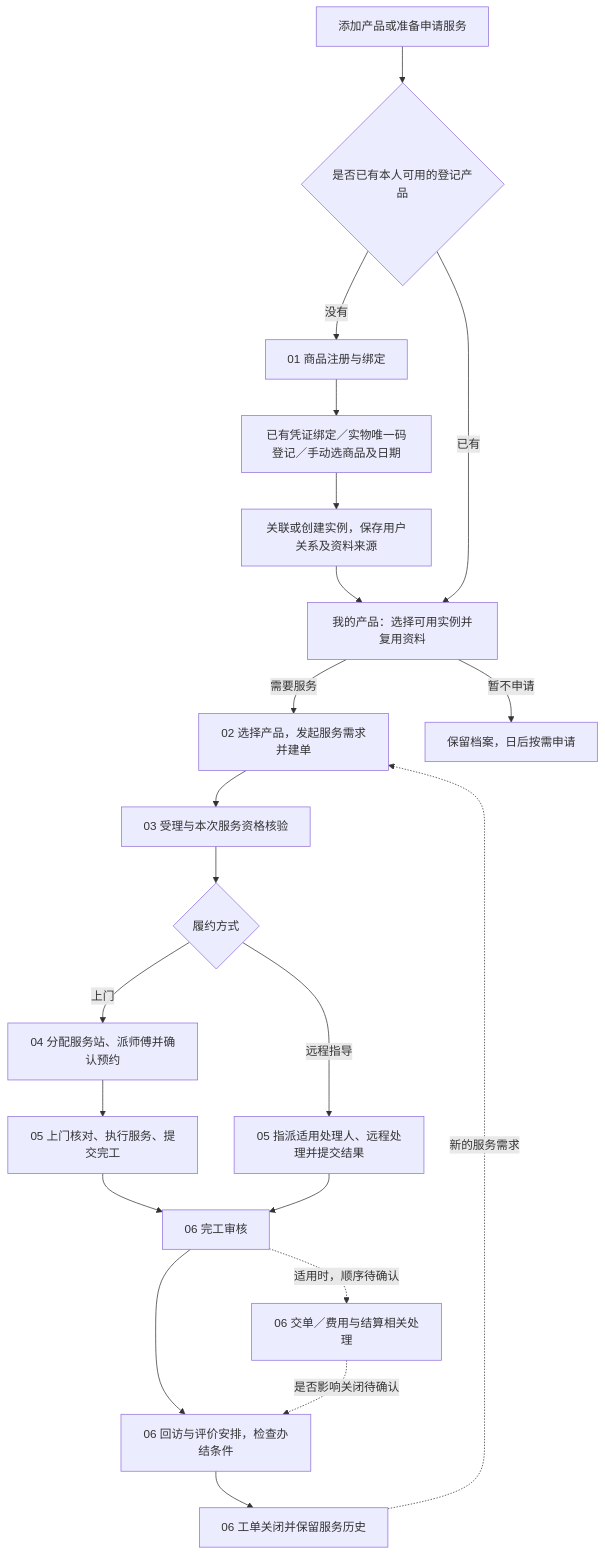
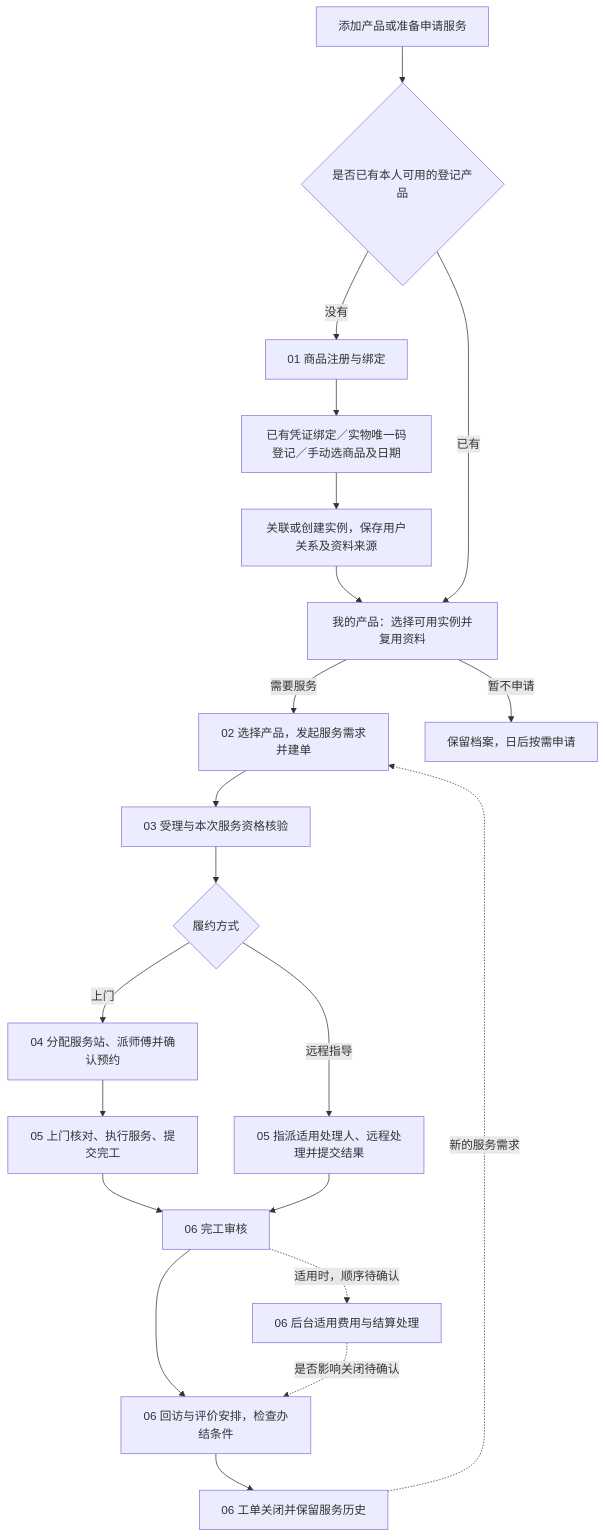
One commit to zhiyuan23/toto-after-sales-docs changed the diagram in 05-业务流程/00-售后全流程总览.md. Above: the diagram before and after it, drawn with Mermaid. The commit also changed other lines of this file and 12 other files, not shown here.

````diff
--- a/05-业务流程/00-售后全流程总览.md
+++ b/05-业务流程/00-售后全流程总览.md
@@ -30,23 +30,23 @@
 ```mermaid
 flowchart TD
     START[添加产品或准备申请服务] --> HAS{是否已有本人可用的登记产品}
     HAS -->|没有| P[01 商品注册与绑定]
     P --> P1[已有凭证绑定／实物唯一码登记／手动选商品及日期]
     P1 --> LINK[关联或创建实例，保存用户关系及资料来源]
     LINK --> PRODUCT[我的产品：选择可用实例并复用资料]
     HAS -->|已有| PRODUCT
     PRODUCT -->|需要服务| A[02 选择产品，发起服务需求并建单]
     PRODUCT -->|暂不申请| SAVE[保留档案，日后按需申请]
     A --> B[03 受理与本次服务资格核验]
     B --> C{履约方式}
     C -->|上门| D[04 分配服务站、派师傅并确认预约]
     D --> E[05 上门核对、执行服务、提交完工]
     C -->|远程指导| F[05 指派适用处理人、远程处理并提交结果]
     E --> G[06 完工审核]
     F --> G
     G --> H[06 回访与评价安排，检查办结条件]
     H --> I[06 工单关闭并保留服务历史]
-    G -. 适用时，顺序待确认 .-> J[06 交单／费用与结算相关处理]
+    G -. 适用时，顺序待确认 .-> J[06 后台适用费用与结算处理]
     J -. 是否影响关闭待确认 .-> H
     I -. 新的服务需求 .-> A
 ```
````
